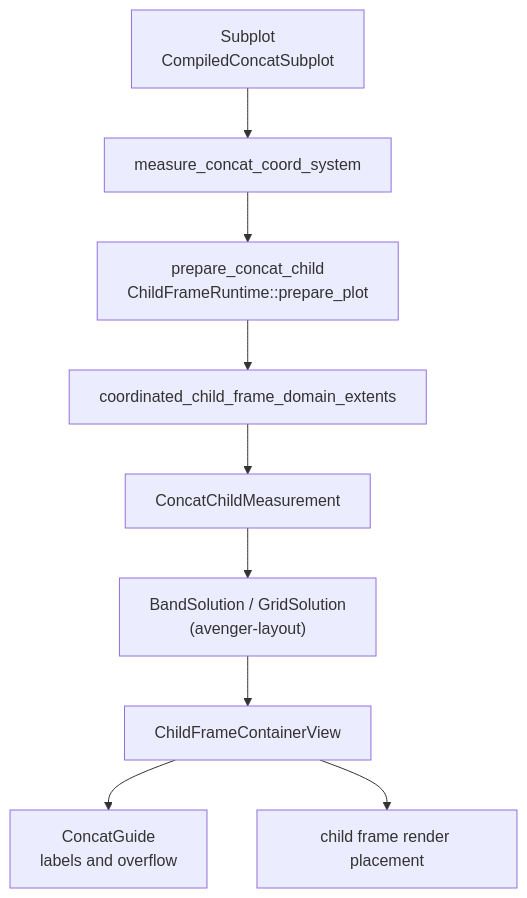
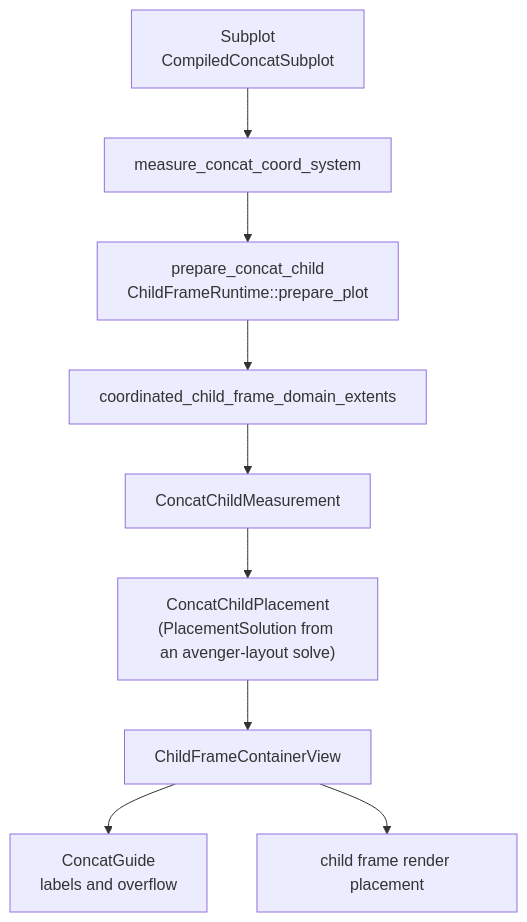
The diagram in avenger-chart/docs/architecture/concat-system.md (jonmmease/avenger), drawn with Mermaid before and after one commit. The commit also changed other lines of this file and 4 other files, not shown here.

First line of the commit message:
refactor(chart): delete the band adapter module (band dissolution C3)

````diff
--- a/avenger-chart/docs/architecture/concat-system.md
+++ b/avenger-chart/docs/architecture/concat-system.md
@@ -13,21 +13,21 @@
 ```mermaid
 flowchart TD
     Compile["Subplot<HConcat/VConcat/GridConcat/WrapConcat>\nCompiledConcatSubplot"]
     Measure["measure_concat_coord_system"]
     Prepare["prepare_concat_child\nChildFrameRuntime::prepare_plot"]
     Domains["coordinated_child_frame_domain_extents"]
     Children["ConcatChildMeasurement"]
-    Band["BandSolution / GridSolution\n(avenger-layout)"]
+    Band["ConcatChildPlacement\n(PlacementSolution from an avenger-layout solve)"]
     Guide["ConcatGuide\nlabels and overflow"]
     View["ChildFrameContainerView"]
     Render["child frame render placement"]
 
     Compile --> Measure
     Measure --> Prepare
     Prepare --> Domains
     Domains --> Children
     Children --> Band
     Band --> View
     View --> Guide
     View --> Render
 ```
````
